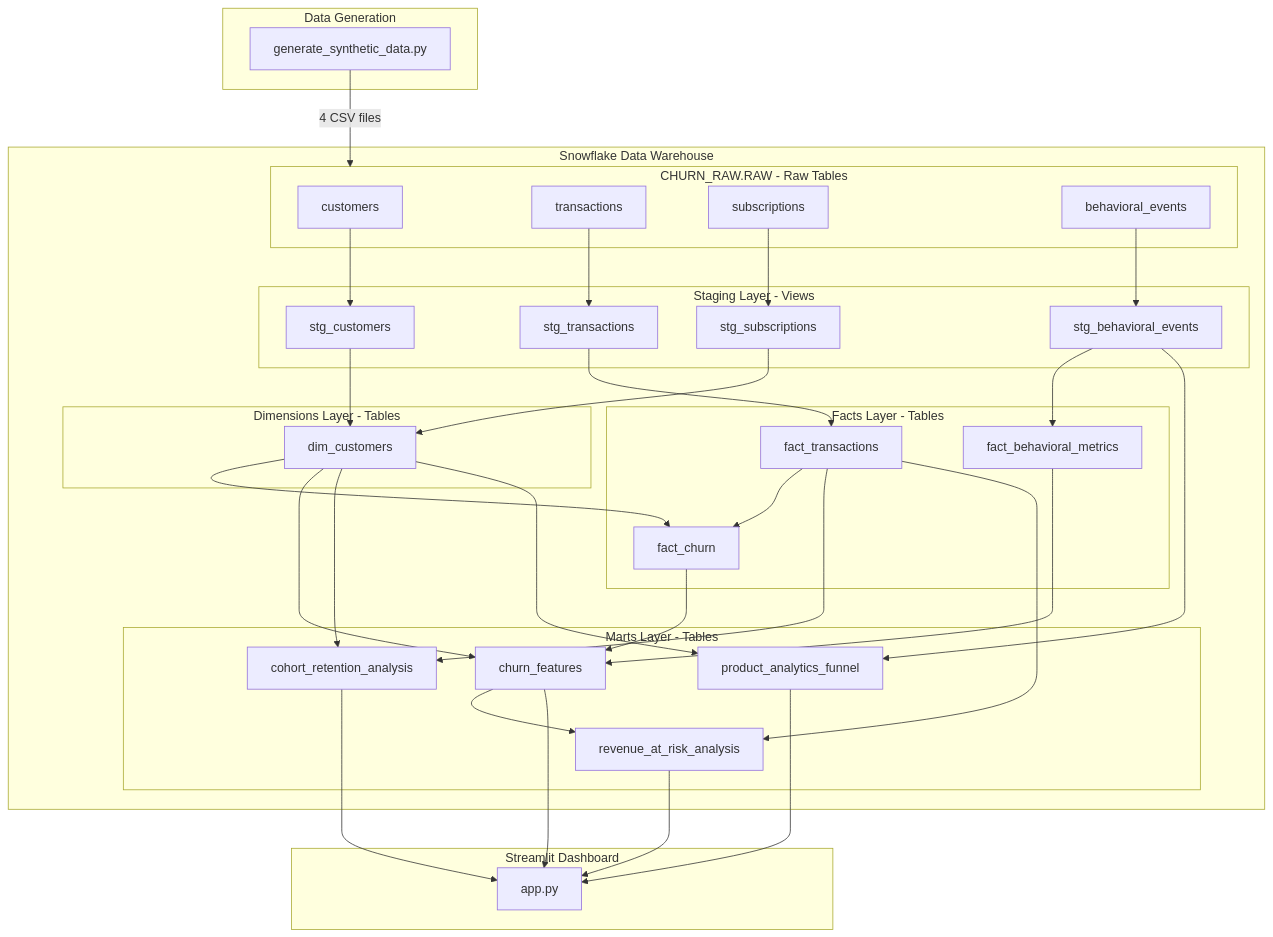
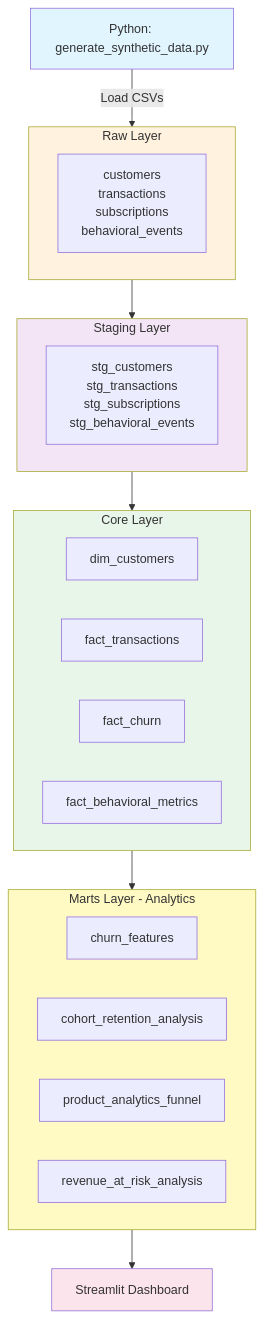
The diagram in README.md (kbai612/Customer_Churn_Project), drawn with Mermaid before and after one commit.

````diff
--- a/README.md
+++ b/README.md
@@ -59,77 +59,41 @@
 ```mermaid
 flowchart TB
-    subgraph generation [Data Generation]
-        PY[generate_synthetic_data.py]
+    PY[Python: generate_synthetic_data.py]
+    
+    subgraph RAW[Raw Layer]
+        R1[customers<br/>transactions<br/>subscriptions<br/>behavioral_events]
     end
-
-    subgraph snowflake [Snowflake Data Warehouse]
-        subgraph raw [CHURN_RAW.RAW - Raw Tables]
-            RC[customers]
-            RT[transactions]
-            RS[subscriptions]
-            RBE[behavioral_events]
-        end
-
-        subgraph staging [Staging Layer - Views]
-            SC[stg_customers]
-            ST[stg_transactions]
-            SS[stg_subscriptions]
-            SBE[stg_behavioral_events]
-        end
-
-        subgraph dims [Dimensions Layer - Tables]
-            DC[dim_customers]
-        end
-
-        subgraph facts [Facts Layer - Tables]
-            FT[fact_transactions]
-            FC[fact_churn]
-            FBM[fact_behavioral_metrics]
-        end
-
-        subgraph marts [Marts Layer - Tables]
-            CF[churn_features]
-            CRA[cohort_retention_analysis]
-            PAF[product_analytics_funnel]
-            RAR[revenue_at_risk_analysis]
-        end
+    
+    subgraph STAGING[Staging Layer]
+        S1[stg_customers<br/>stg_transactions<br/>stg_subscriptions<br/>stg_behavioral_events]
     end
-
-    subgraph viz [Streamlit Dashboard]
-        APP[app.py]
+    
+    subgraph CORE[Core Layer]
+        D1[dim_customers]
+        F1[fact_transactions]
+        F2[fact_churn]
+        F3[fact_behavioral_metrics]
     end
-
-    PY -->|4 CSV files| raw
     
-    RC --> SC
-    RT --> ST
-    RS --> SS
-    RBE --> SBE
+    subgraph MARTS[Marts Layer - Analytics]
+        M1[churn_features]
+        M2[cohort_retention_analysis]
+        M3[product_analytics_funnel]
+        M4[revenue_at_risk_analysis]
+    end
     
-    SC --> DC
-    SS --> DC
+    DASH[Streamlit Dashboard]
     
-    ST --> FT
-    DC --> FC
-    FT --> FC
+    PY -->|Load CSVs| RAW
+    RAW --> STAGING
+    STAGING --> CORE
+    CORE --> MARTS
+    MARTS --> DASH
     
-    SBE --> FBM
-    
-    FC --> CF
-    FBM --> CF
-    DC --> CF
-    
-    DC --> CRA
-    FT --> CRA
-    
-    DC --> PAF
-    SBE --> PAF
-    
-    CF --> RAR
-    FT --> RAR
-    
-    CF --> APP
-    CRA --> APP
-    PAF --> APP
-    RAR --> APP
+    style PY fill:#e1f5ff
+    style RAW fill:#fff3e0
+    style STAGING fill:#f3e5f5
+    style CORE fill:#e8f5e9
+    style MARTS fill:#fff9c4
+    style DASH fill:#fce4ec
 ```
````
